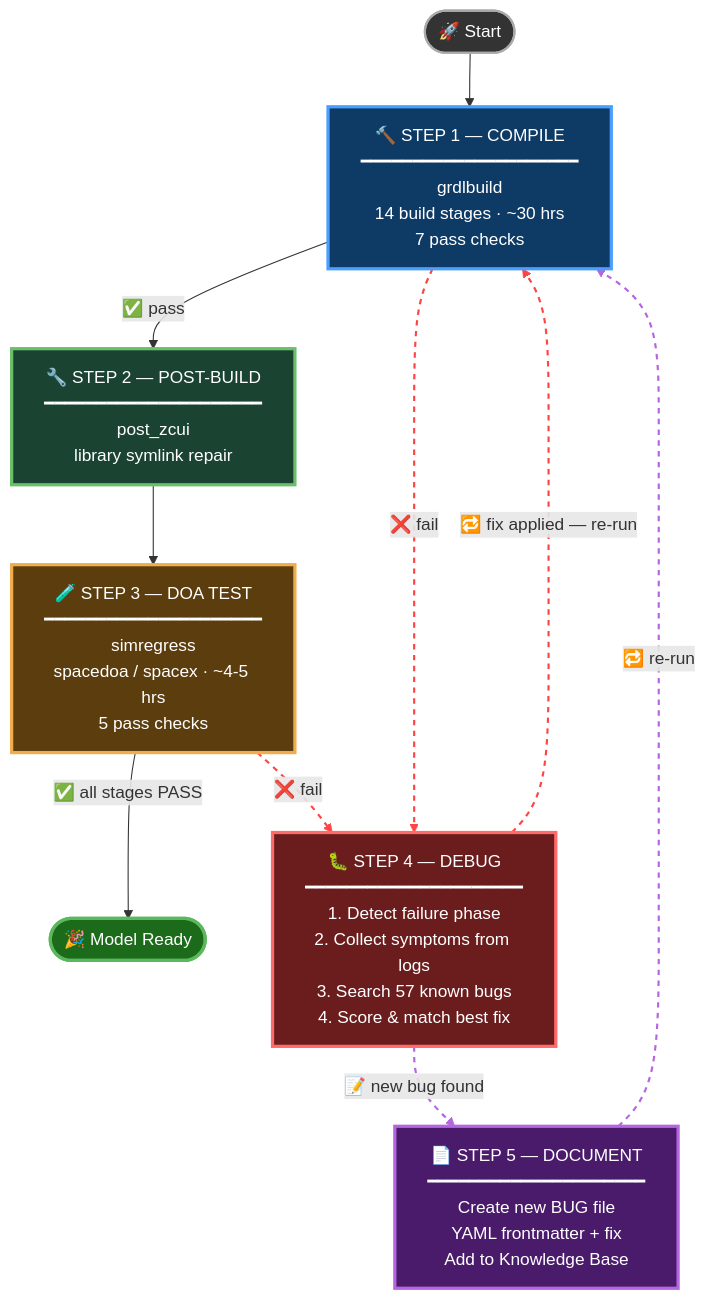
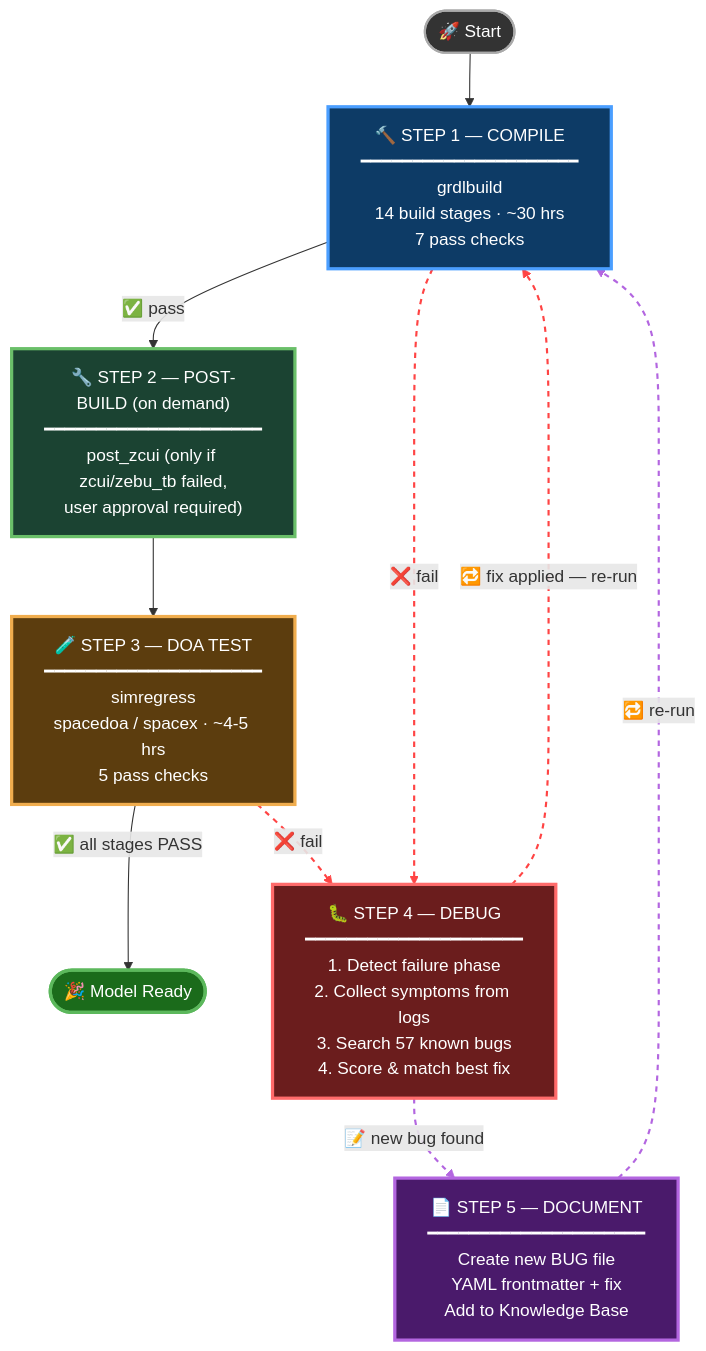
Before and after one commit to tbaziza/NVL_AX_agent_workspace: the first of 2 diagrams in README.md, drawn with Mermaid. The commit also changed other lines of this file and 8 other files, not shown here.

First line of the commit message:
Make post_zcui on-demand only; drop fix_zse5_libs from standard flow

````diff
--- a/README.md
+++ b/README.md
@@ -121,39 +121,39 @@
 ```mermaid
 flowchart TD
     START([🚀 Start]) --> COMPILE
 
     COMPILE["🔨 STEP 1 — COMPILE\n━━━━━━━━━━━━━━━━━━━━━\ngrdlbuild\n14 build stages · ~30 hrs\n7 pass checks"]
     COMPILE -->|"✅ pass"| POSTBUILD
 
-    POSTBUILD["🔧 STEP 2 — POST-BUILD\n━━━━━━━━━━━━━━━━━━━━━\npost_zcui\nlibrary symlink repair"]
+    POSTBUILD["🔧 STEP 2 — POST-BUILD (on demand)\n━━━━━━━━━━━━━━━━━━━━━\npost_zcui (only if zcui/zebu_tb failed,\nuser approval required)"]
     POSTBUILD --> TEST
 
     TEST["🧪 STEP 3 — DOA TEST\n━━━━━━━━━━━━━━━━━━━━━\nsimregress\nspacedoa / spacex · ~4-5 hrs\n5 pass checks"]
     TEST -->|"✅ all stages PASS"| DONE
 
     COMPILE -->|"❌ fail"| DEBUG
     TEST -->|"❌ fail"| DEBUG
 
     DEBUG["🐛 STEP 4 — DEBUG\n━━━━━━━━━━━━━━━━━━━━━\n1. Detect failure phase\n2. Collect symptoms from logs\n3. Search 57 known bugs\n4. Score & match best fix"]
     DEBUG -->|"🔁 fix applied — re-run"| COMPILE
     DEBUG -->|"📝 new bug found"| DOCUMENT
 
     DOCUMENT["📄 STEP 5 — DOCUMENT\n━━━━━━━━━━━━━━━━━━━━━\nCreate new BUG file\nYAML frontmatter + fix\nAdd to Knowledge Base"]
     DOCUMENT -->|"🔁 re-run"| COMPILE
 
     DONE([🎉 Model Ready])
 
     style COMPILE fill:#0d3b66,stroke:#4a9eff,stroke-width:3px,color:#fff
     style POSTBUILD fill:#1b4332,stroke:#6abf69,stroke-width:3px,color:#fff
     style TEST fill:#5c3d0e,stroke:#f0ad4e,stroke-width:3px,color:#fff
     style DEBUG fill:#6b1d1d,stroke:#ff6b6b,stroke-width:3px,color:#fff
     style DOCUMENT fill:#4a1a6b,stroke:#b366e0,stroke-width:3px,color:#fff
     style DONE fill:#1b6b1b,stroke:#5cb85c,stroke-width:3px,color:#fff
     style START fill:#333,stroke:#aaa,stroke-width:2px,color:#fff
 
     linkStyle 4 stroke:#ff4444,stroke-width:2px,stroke-dasharray:5
     linkStyle 5 stroke:#ff4444,stroke-width:2px,stroke-dasharray:5
     linkStyle 6 stroke:#ff4444,stroke-width:2px,stroke-dasharray:5
     linkStyle 7 stroke:#b366e0,stroke-width:2px,stroke-dasharray:5
     linkStyle 8 stroke:#b366e0,stroke-width:2px,stroke-dasharray:5
 ```
````
